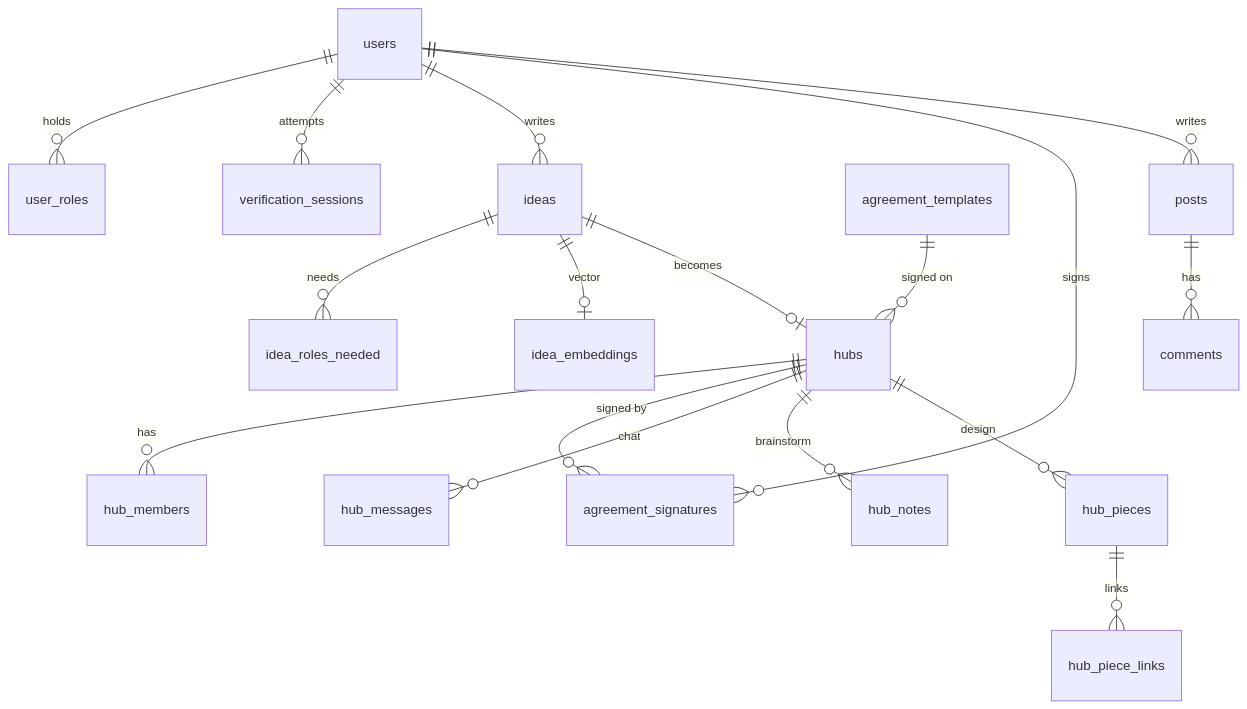
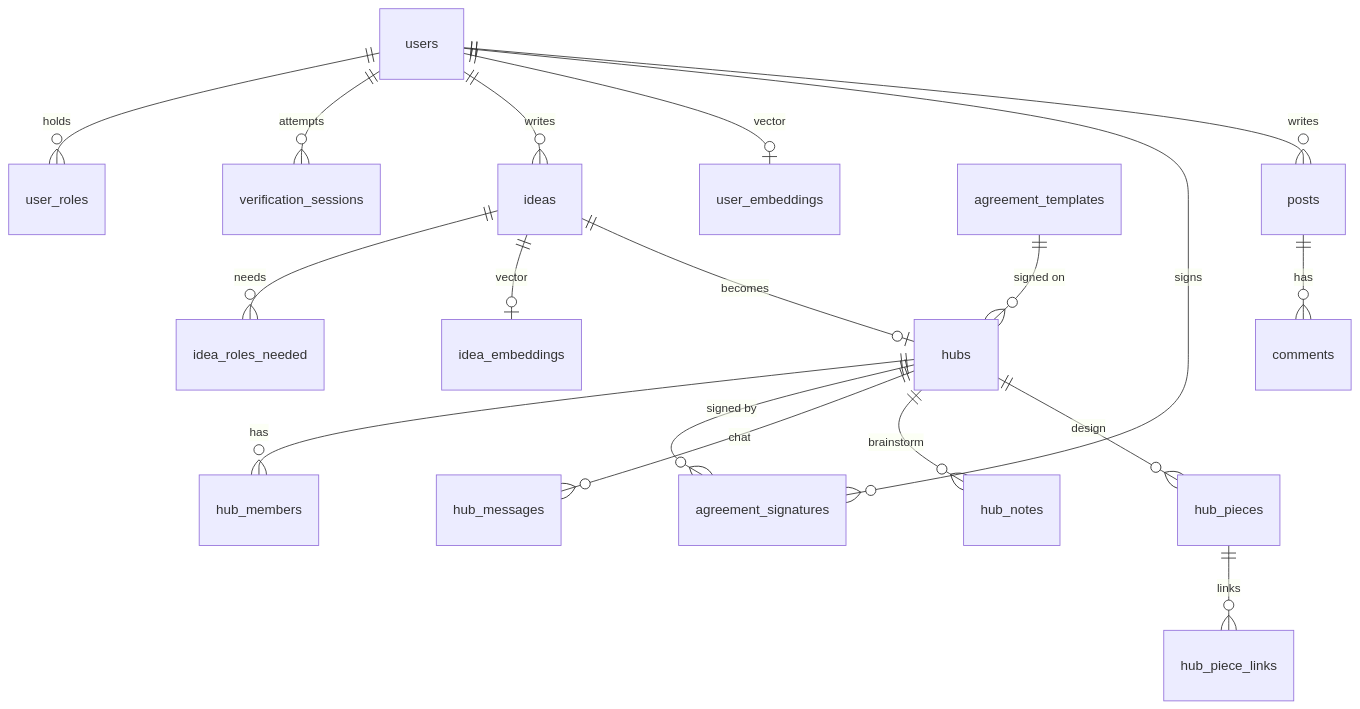
One commit to AI-UNIPOD/Village-Sqwhere-ACODEV changed the second of 2 diagrams in infra/README.md. Above: the diagram before and after it, drawn with Mermaid. The commit also changed other lines of this file and 14 other files, not shown here.

````diff
--- a/infra/README.md
+++ b/infra/README.md
@@ -28,19 +28,20 @@
 ```mermaid
 erDiagram
   users ||--o{ user_roles : "holds"
   users ||--o{ verification_sessions : "attempts"
   users ||--o{ ideas : "writes"
   ideas ||--o{ idea_roles_needed : "needs"
   ideas ||--o| idea_embeddings : "vector"
+  users ||--o| user_embeddings : "vector"
   ideas ||--o| hubs : "becomes"
   agreement_templates ||--o{ hubs : "signed on"
   hubs ||--o{ hub_members : "has"
   hubs ||--o{ agreement_signatures : "signed by"
   users ||--o{ agreement_signatures : "signs"
   hubs ||--o{ hub_messages : "chat"
   hubs ||--o{ hub_notes : "brainstorm"
   hubs ||--o{ hub_pieces : "design"
   hub_pieces ||--o{ hub_piece_links : "links"
   users ||--o{ posts : "writes"
   posts ||--o{ comments : "has"
 ```
````
